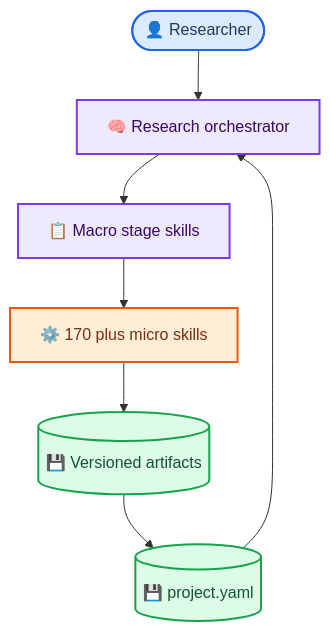
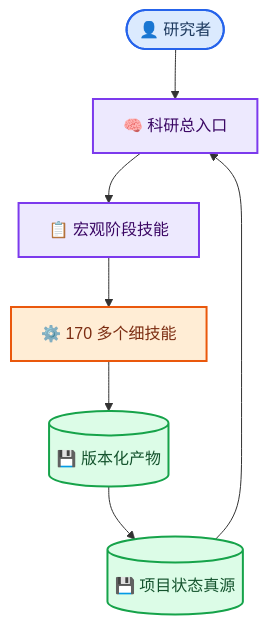
One commit to AE0506/research-skill-pack changed the fourth of 5 diagrams in README.md. Above: the diagram before and after it, drawn with Mermaid. The commit also changed other lines of this file, not shown here.

Commit message:
docs: localize workflow diagrams in Chinese

````diff
--- a/README.md
+++ b/README.md
@@ -375,22 +375,22 @@
 ```mermaid
 flowchart TB
-    accTitle: Skill pack architecture
-    accDescr: One orchestrator routes a project to stable macro stage skills, while more than 170 explicit micro skills produce versioned and checkable artifacts in the local project record.
+    accTitle: 科研技能包架构
+    accDescr: 唯一的总入口为项目路由到稳定的宏观阶段技能，170 多个显式细技能再产生版本化、可检查的本地项目产物。
 
-    user([👤 Researcher]) --> orchestrator[🧠 Research orchestrator]
-    orchestrator --> macro[📋 Macro stage skills]
-    macro --> micro[⚙️ 170 plus micro skills]
-    micro --> artifacts[(💾 Versioned artifacts)]
-    artifacts --> project[(💾 project.yaml)]
+    user([👤 研究者]) --> orchestrator[🧠 科研总入口]
+    orchestrator --> macro[📋 宏观阶段技能]
+    macro --> micro[⚙️ 170 多个细技能]
+    micro --> artifacts[(💾 版本化产物)]
+    artifacts --> project[(💾 项目状态真源)]
     project --> orchestrator
 
     classDef human fill:#dbeafe,stroke:#2563eb,stroke-width:2px,color:#1e3a5f
     classDef route fill:#ede9fe,stroke:#7c3aed,stroke-width:2px,color:#3b0764
     classDef work fill:#ffedd5,stroke:#ea580c,stroke-width:2px,color:#7c2d12
     classDef storage fill:#dcfce7,stroke:#16a34a,stroke-width:2px,color:#14532d
 
     class user human
     class orchestrator,macro route
     class micro work
     class artifacts,project storage
 ```
````
